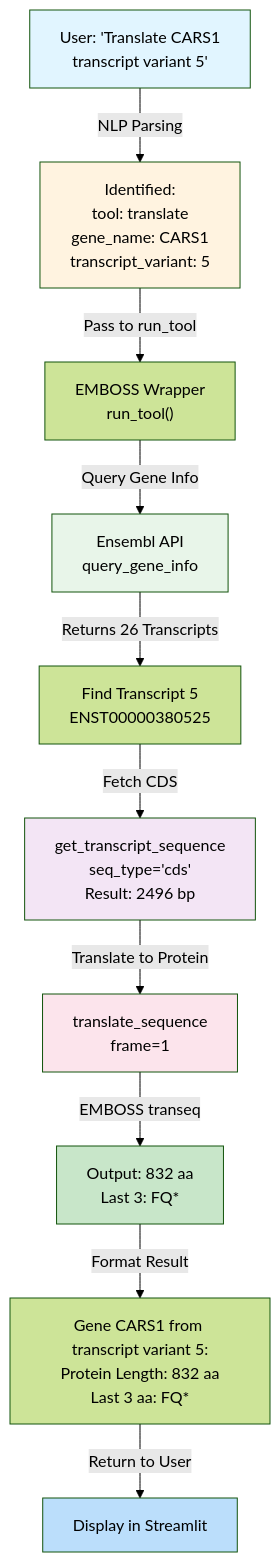
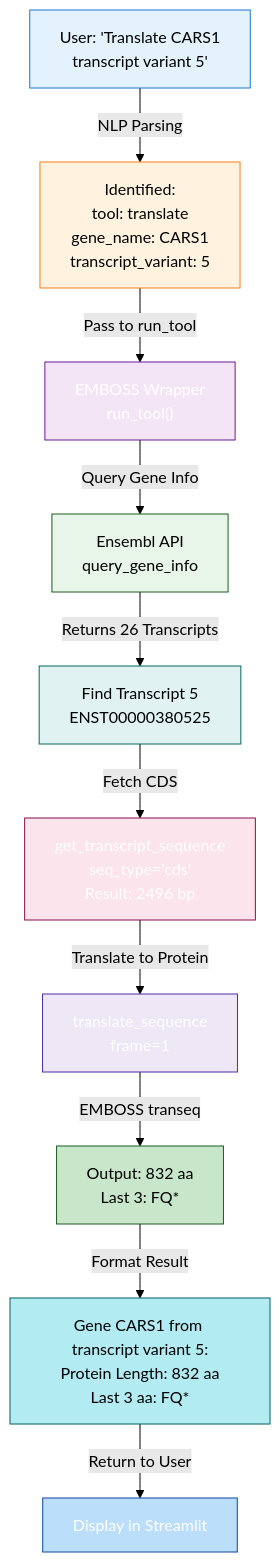
Before and after one commit to caagendaz/BME110-final: the third of 9 diagrams in ARCHITECTURE.md, drawn with Mermaid (forest theme). The commit also changed other lines of this file, not shown here.

First line of the commit message:
Improve Mermaid diagram readability - better colors and layout

````diff
--- a/ARCHITECTURE.md
+++ b/ARCHITECTURE.md
@@ -87,28 +91,31 @@
 ```mermaid
 graph TD
     A["User: 'Translate CARS1<br/>transcript variant 5'"] 
     
     A -->|NLP Parsing| B["Identified:<br/>tool: translate<br/>gene_name: CARS1<br/>transcript_variant: 5"]
     
     B -->|Pass to run_tool| C["EMBOSS Wrapper<br/>run_tool()"]
     
     C -->|Query Gene Info| D["Ensembl API<br/>query_gene_info"]
     D -->|Returns 26 Transcripts| E["Find Transcript 5<br/>ENST00000380525"]
     
     E -->|Fetch CDS| F["get_transcript_sequence<br/>seq_type='cds'<br/>Result: 2496 bp"]
     
     F -->|Translate to Protein| G["translate_sequence<br/>frame=1"]
     G -->|EMBOSS transeq| H["Output: 832 aa<br/>Last 3: FQ*"]
     
     H -->|Format Result| I["Gene CARS1 from transcript variant 5:<br/>Protein Length: 832 aa<br/>Last 3 aa: FQ*"]
     
     I -->|Return to User| J["Display in Streamlit"]
     
-    style A fill:#e1f5ff
-    style B fill:#fff3e0
-    style D fill:#e8f5e9
-    style F fill:#f3e5f5
-    style G fill:#fce4ec
-    style H fill:#c8e6c9
-    style J fill:#bbdefb
+    style A fill:#e3f2fd,stroke:#1976d2,color:#000000
+    style B fill:#fff3e0,stroke:#f57f17,color:#000000
+    style C fill:#f3e5f5,stroke:#6a1b9a,color:#ffffff
+    style D fill:#e8f5e9,stroke:#1b5e20,color:#000000
+    style E fill:#e0f2f1,stroke:#00695c,color:#000000
+    style F fill:#fce4ec,stroke:#880e4f,color:#ffffff
+    style G fill:#ede7f6,stroke:#512da8,color:#ffffff
+    style H fill:#c8e6c9,stroke:#1b5e20,color:#000000
+    style I fill:#b2ebf2,stroke:#006064,color:#000000
+    style J fill:#bbdefb,stroke:#0d47a1,color:#ffffff
 ```
````
